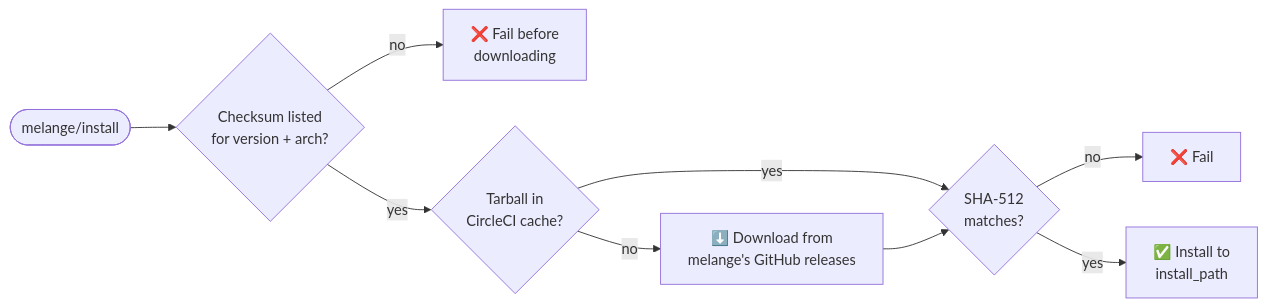
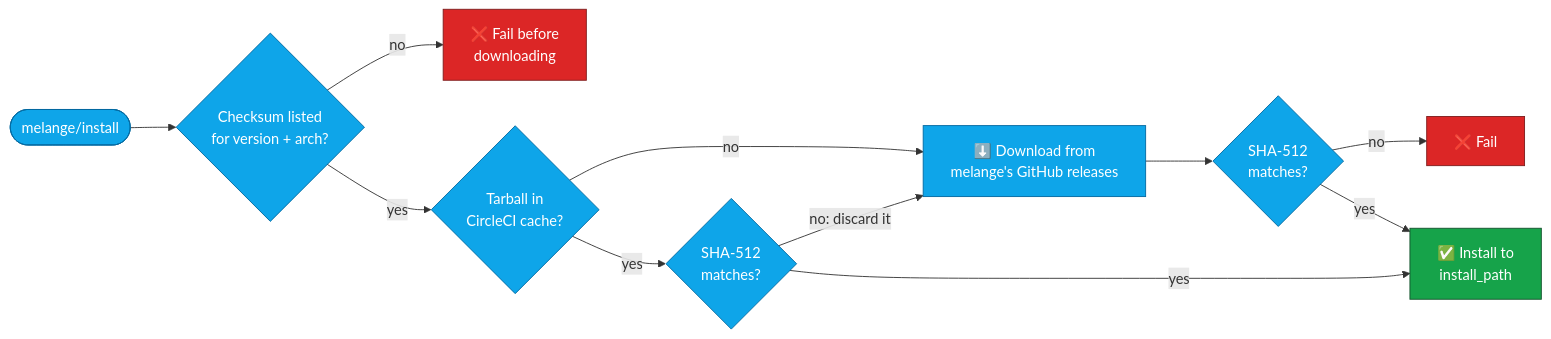
Before and after one commit to juburr/melange-orb: the second of 2 diagrams in README.md, drawn with Mermaid. The commit also changed other lines of this file, not shown here.

````diff
--- a/README.md
+++ b/README.md
@@ -135,11 +212,20 @@
 ```mermaid
 flowchart LR
     start(["melange/install"]) --> known{"Checksum listed<br/>for version + arch?"}
     known -- "no" --> refuse["❌ Fail before<br/>downloading"]
     known -- "yes" --> cached{"Tarball in<br/>CircleCI cache?"}
-    cached -- "yes" --> verify{"SHA-512<br/>matches?"}
     cached -- "no" --> download["⬇️ Download from<br/>melange's GitHub releases"]
-    download --> verify
+    cached -- "yes" --> vcache{"SHA-512<br/>matches?"}
+    vcache -- "no: discard it" --> download
+    download --> verify{"SHA-512<br/>matches?"}
     verify -- "no" --> mismatch["❌ Fail"]
-    verify -- "yes" --> install["✅ Install to<br/>install_path"]
+    verify -- "yes" --> installed["✅ Install to<br/>install_path"]
+    vcache -- "yes" --> installed
+
+    classDef install fill:#0EA5E9,stroke:#0369A1,color:#FFFFFF
+    classDef good fill:#16A34A,stroke:#14532D,color:#FFFFFF
+    classDef bad fill:#DC2626,stroke:#7F1D1D,color:#FFFFFF
+    class start,known,cached,vcache,download,verify install
+    class installed good
+    class refuse,mismatch bad
 ```
````
